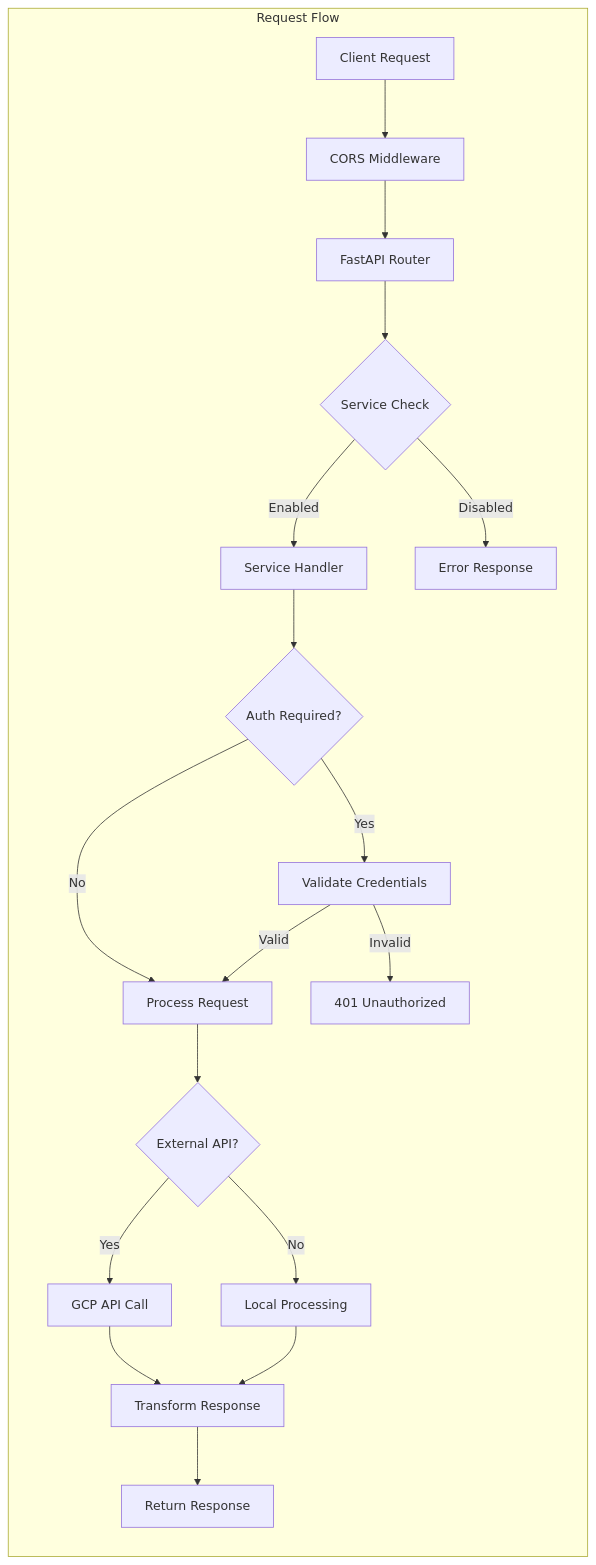
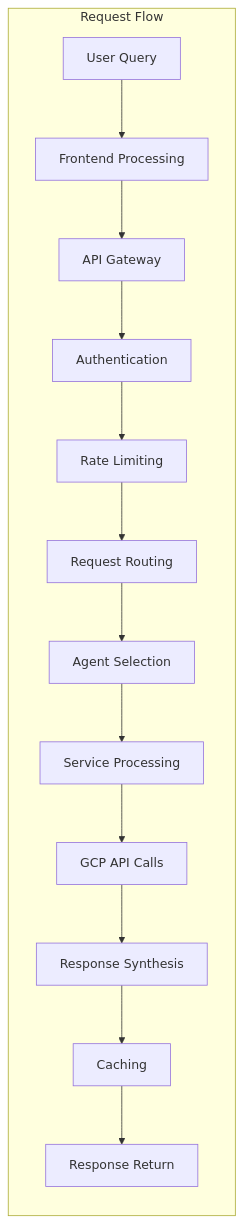
Before and after one commit to google/adk-python: the third of 6 diagrams in contributing/samples/security_agent/docs/architecture/ARCHITECTURE.md, drawn with Mermaid. The commit also changed other lines of this file and 287 other files, not shown here.

````diff
--- a/contributing/samples/security_agent/docs/architecture/ARCHITECTURE.md
+++ b/contributing/samples/security_agent/docs/architecture/ARCHITECTURE.md
@@ -327,24 +385,16 @@
 ```mermaid
-flowchart LR
+graph LR
     subgraph "Request Flow"
-        A[Client Request] --> B[CORS Middleware]
-        B --> C[FastAPI Router]
-        C --> D{Service Check}
-        D -->|Enabled| E[Service Handler]
-        D -->|Disabled| F[Error Response]
-        
-        E --> G{Auth Required?}
-        G -->|Yes| H[Validate Credentials]
-        G -->|No| I[Process Request]
-        H -->|Valid| I
-        H -->|Invalid| J[401 Unauthorized]
-        
-        I --> K{External API?}
-        K -->|Yes| L[GCP API Call]
-        K -->|No| M[Local Processing]
-        
-        L --> N[Transform Response]
-        M --> N
-        N --> O[Return Response]
+        A[User Query] --> B[Frontend Processing]
+        B --> C[API Gateway]
+        C --> D[Authentication]
+        D --> E[Rate Limiting]
+        E --> F[Request Routing]
+        F --> G[Agent Selection]
+        G --> H[Service Processing]
+        H --> I[GCP API Calls]
+        I --> J[Response Synthesis]
+        J --> K[Caching]
+        K --> L[Response Return]
     end
 ```
````
